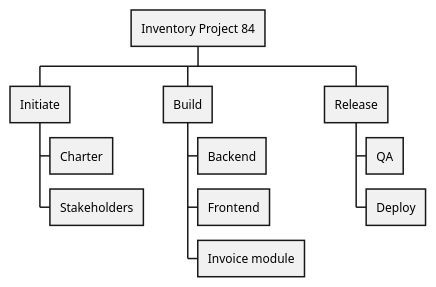
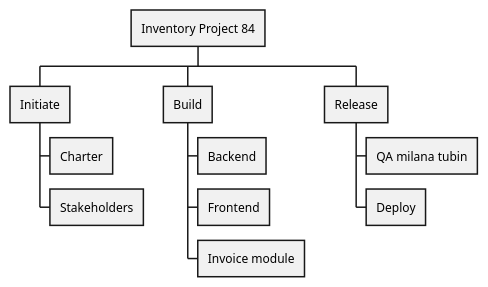
The diagram in 084_wbs_inventory.md (TTihomir/PlantUML-diagrams), drawn with PlantUML before and after one commit.

Commit message:
Update QA section with specific name

````diff
--- a/084_wbs_inventory.md
+++ b/084_wbs_inventory.md
@@ -3,15 +3,15 @@
 ```plantuml
 @startwbs
 * Inventory Project 84
 ** Initiate
 *** Charter
 *** Stakeholders
 ** Build
 *** Backend
 *** Frontend
 *** Invoice module
 ** Release
-*** QA
+*** QA milana tubin
 *** Deploy
 @endwbs
 ```
````
